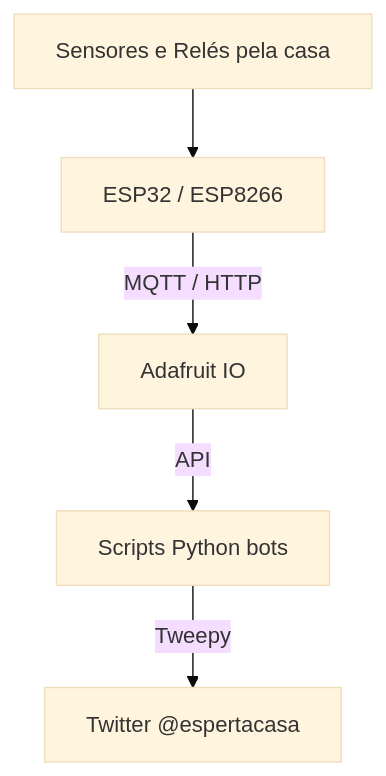
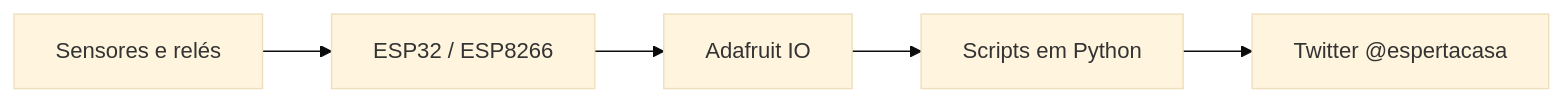
One commit to lulinucs/CasaEsperta changed the diagram in README.md. Above: the diagram before and after it, drawn with Mermaid (base theme). The commit also changed other lines of this file, not shown here.

````diff
--- a/README.md
+++ b/README.md
@@ -21,7 +17,7 @@
 ```mermaid
-flowchart TD
-    A[Sensores e Relés pela casa] --> B[ESP32 / ESP8266]
-    B -->|MQTT / HTTP| C[Adafruit IO]
-    C -->|API| D[Scripts Python bots]
-    D -->|Tweepy| E[Twitter @espertacasa]
+flowchart LR
+    A[Sensores e relés] --> B[ESP32 / ESP8266]
+    B --> C[Adafruit IO]
+    C --> D[Scripts em Python]
+    D --> E[Twitter @espertacasa]
 ```
````
